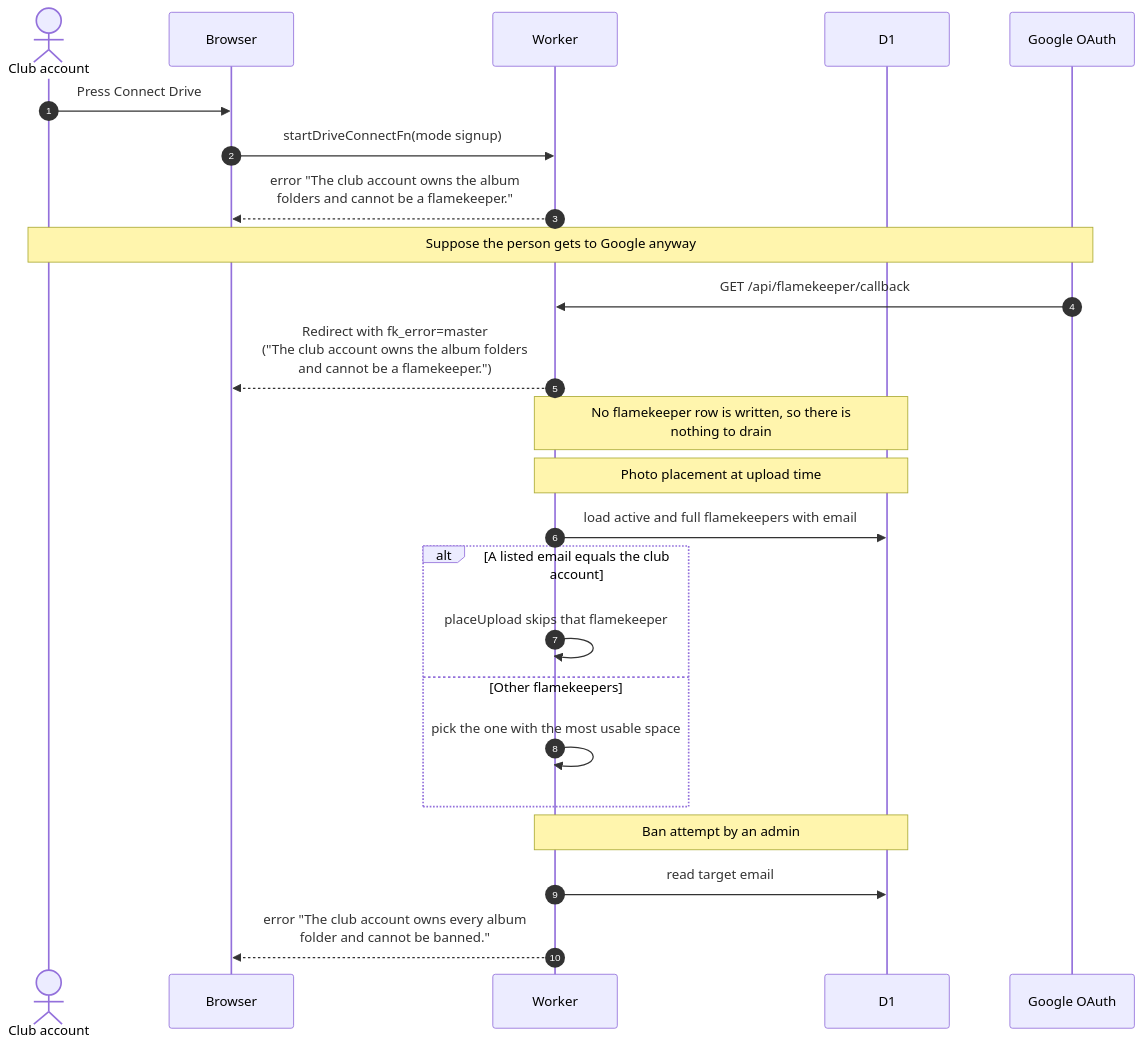
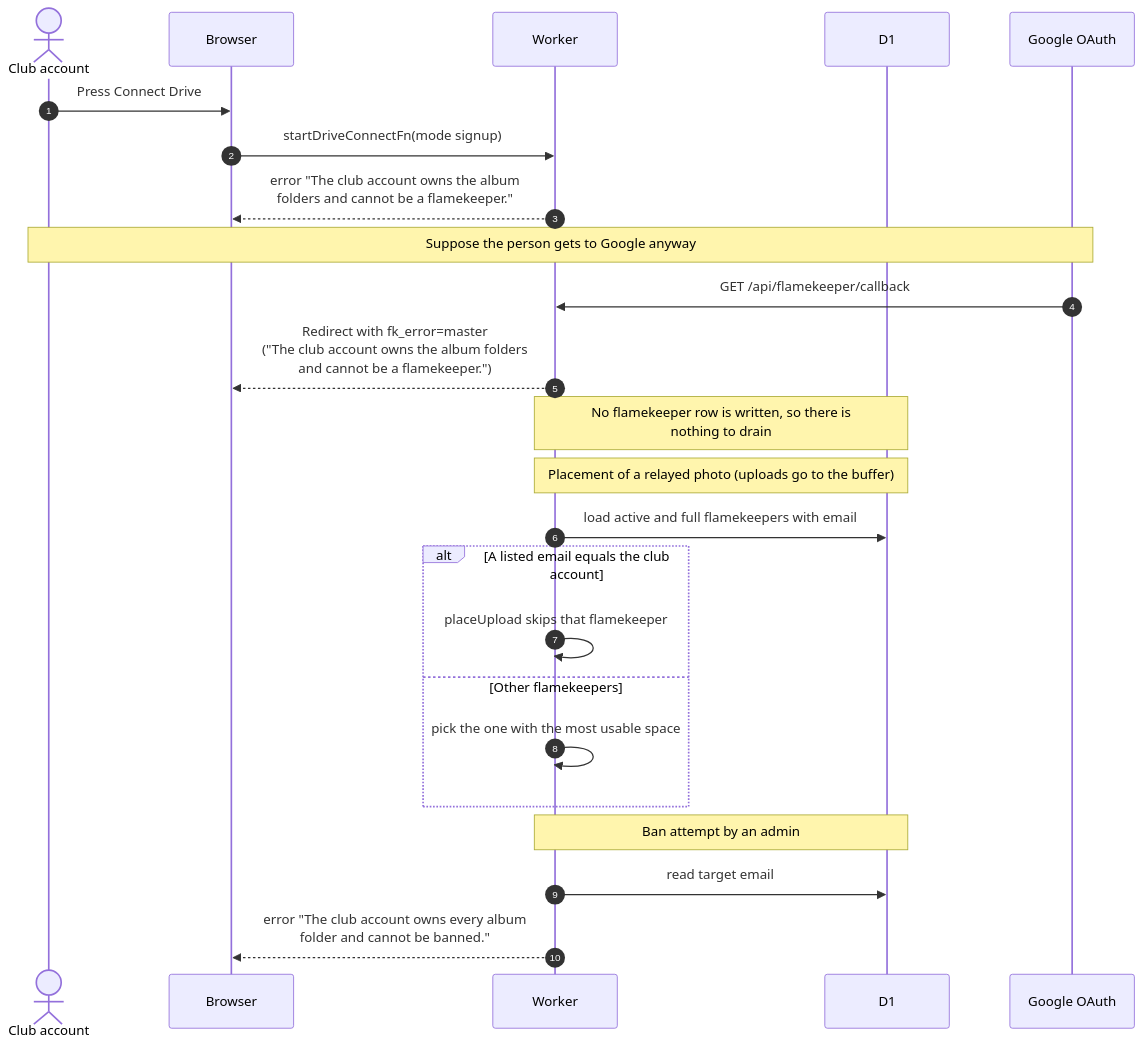
One commit to sagyzdop/meriksirat changed the diagram in docs/scenarios/flamekeepers/master-account.md. Above: the diagram before and after it, drawn with Mermaid. The commit also changed 32 other files, not shown here.

First line of the commit message:
feat(albums): new uploads land on the buffer account

````diff
--- a/docs/scenarios/flamekeepers/master-account.md
+++ b/docs/scenarios/flamekeepers/master-account.md
@@ -27,26 +27,26 @@
 ```mermaid
 sequenceDiagram
     autonumber
     actor M as Club account
     participant Browser
     participant Worker
     participant D1
     participant GO as Google OAuth
     M->>Browser: Press Connect Drive
     Browser->>Worker: startDriveConnectFn(mode signup)
     Worker-->>Browser: error "The club account owns the album<br/>folders and cannot be a flamekeeper."
     Note over M,GO: Suppose the person gets to Google anyway
     GO->>Worker: GET /api/flamekeeper/callback
     Worker-->>Browser: Redirect with fk_error=master<br/>("The club account owns the album folders<br/>and cannot be a flamekeeper.")
     Note over Worker,D1: No flamekeeper row is written, so there is<br/>nothing to drain
-    Note over Worker,D1: Photo placement at upload time
+    Note over Worker,D1: Placement of a relayed photo (uploads go to the buffer)
     Worker->>D1: load active and full flamekeepers with email
     alt A listed email equals the club account
         Worker->>Worker: placeUpload skips that flamekeeper
     else Other flamekeepers
         Worker->>Worker: pick the one with the most usable space
     end
     Note over Worker,D1: Ban attempt by an admin
     Worker->>D1: read target email
     Worker-->>Browser: error "The club account owns every album<br/>folder and cannot be banned."
 ```
````
